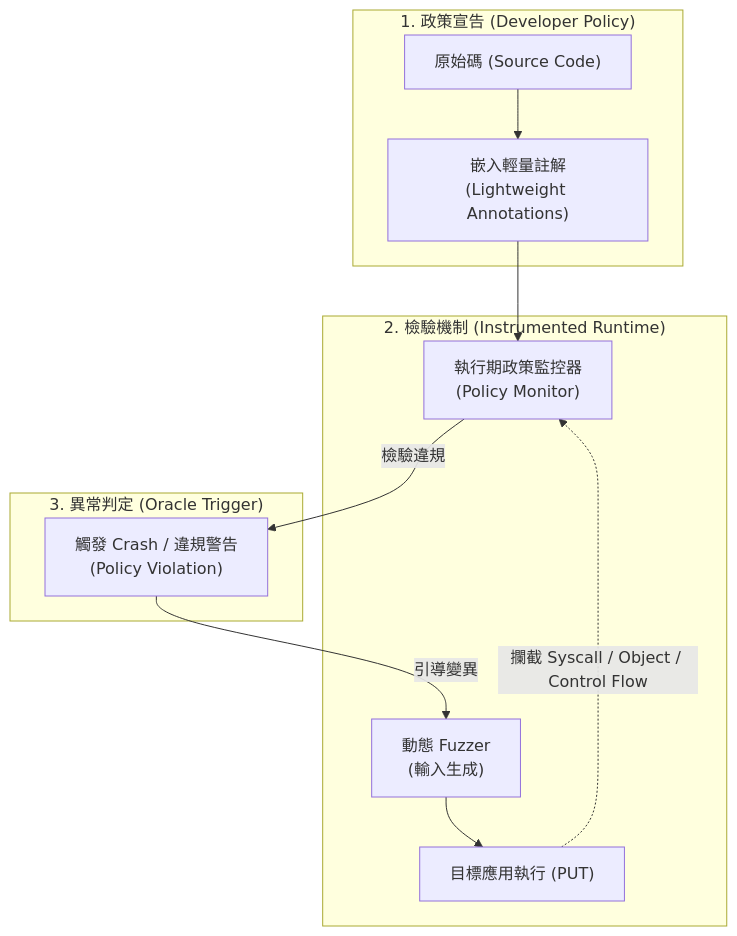
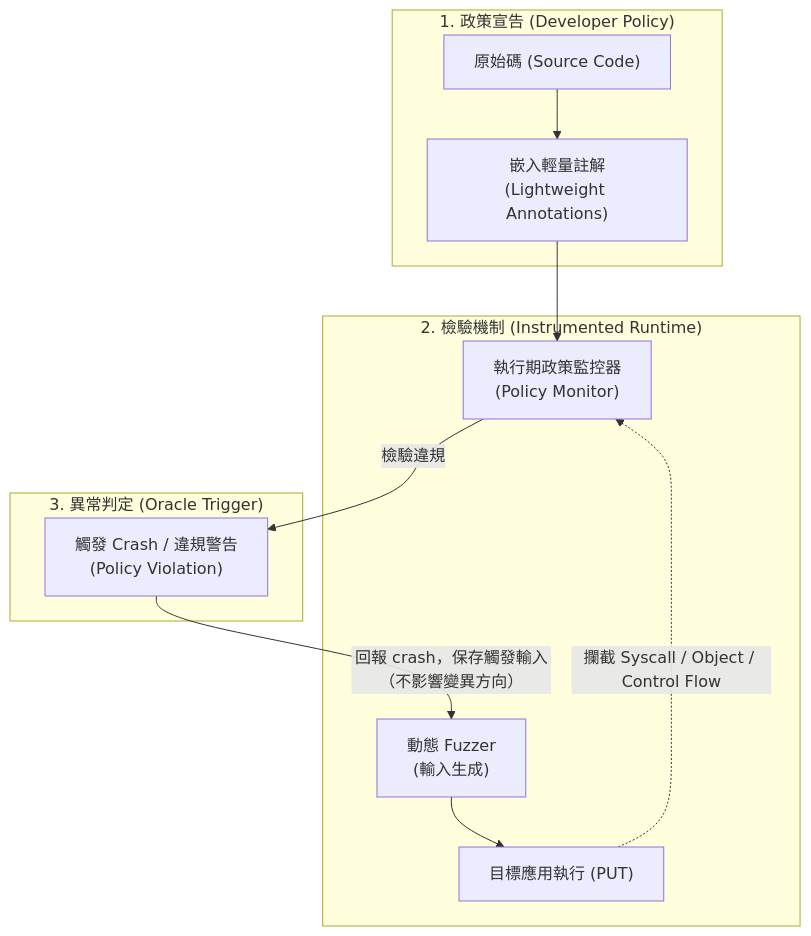
One commit to Youchenjiang/sec-code-research changed the diagram in proposals/logic-vuln-lifecycle/Y2-root-cause-localization/ANOTA_論文核心技術解讀.md. Above: the diagram before and after it, drawn with Mermaid. The commit also changed other lines of this file and 5 other files, not shown here.

````diff
--- a/proposals/logic-vuln-lifecycle/Y2-root-cause-localization/ANOTA_論文核心技術解讀.md
+++ b/proposals/logic-vuln-lifecycle/Y2-root-cause-localization/ANOTA_論文核心技術解讀.md
@@ -19,17 +19,17 @@
 ```mermaid
 flowchart TD
     subgraph 人工標註階段 ["1. 政策宣告 (Developer Policy)"]
         Src["原始碼 (Source Code)"] --> Anot["嵌入輕量註解<br/>(Lightweight Annotations)"]
     end
 
     subgraph 動態測試環境 ["2. 檢驗機制 (Instrumented Runtime)"]
         Fuzzer["動態 Fuzzer<br/>(輸入生成)"] --> PUT["目標應用執行 (PUT)"]
         Anot --> Monitor["執行期政策監控器<br/>(Policy Monitor)"]
         PUT -.->|"攔截 Syscall / Object / Control Flow"| Monitor
     end
 
     subgraph 判定反饋 ["3. 異常判定 (Oracle Trigger)"]
         Monitor -->|"檢驗違規"| Crash["觸發 Crash / 違規警告<br/>(Policy Violation)"]
-        Crash -->|"引導變異"| Fuzzer
+        Crash -->|"回報 crash，保存觸發輸入（不影響變異方向）"| Fuzzer
     end
 ```
````
